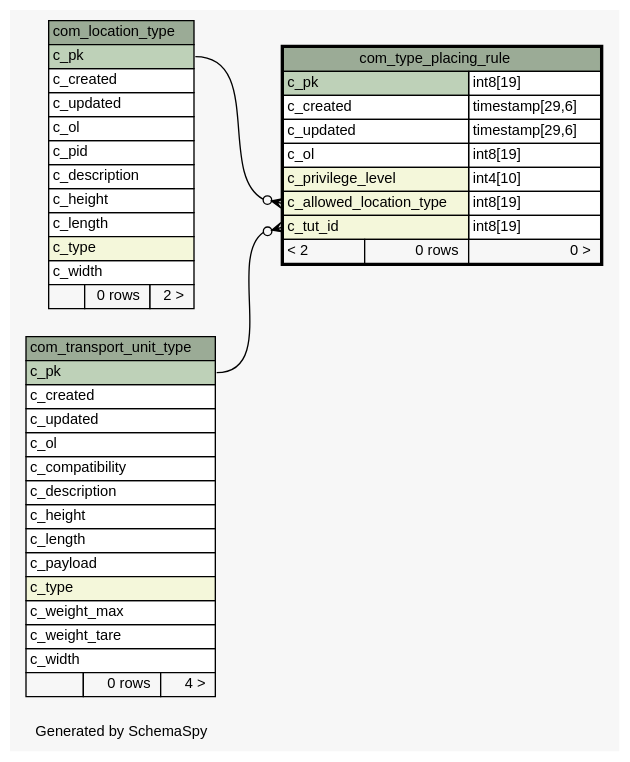
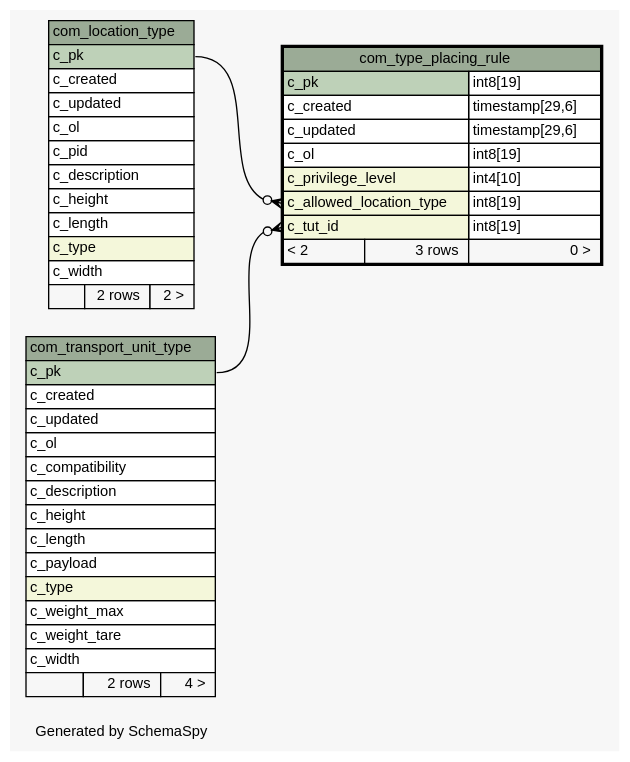
Before and after one commit to openwms/org.openwms.common.service.lib: the diagram in schemaspy/diagrams/com_type_placing_rule.1degree.dot, drawn with Graphviz. The commit also changed 551 other files, not shown here.

```diff
--- a/schemaspy/diagrams/com_type_placing_rule.1degree.dot
+++ b/schemaspy/diagrams/com_type_placing_rule.1degree.dot
@@ -1,81 +1,81 @@
-// dot 2.38.0 on Linux 4.15.0-1037-gcp
+// dot 2.36.0 on Linux 4.4.0-101-generic
 // SchemaSpy rev Unknown
 digraph "oneDegreeRelationshipsDiagram" {
   graph [
     rankdir="RL"
     bgcolor="#f7f7f7"
     label="\nGenerated by SchemaSpy"
     labeljust="l"
     nodesep="0.18"
     ranksep="0.46"
     fontname="Helvetica"
     fontsize="11"
   ];
   node [
     fontname="Helvetica"
     fontsize="11"
     shape="plaintext"
   ];
   edge [
     arrowsize="0.8"
   ];
   "com_type_placing_rule":"c_allowed_location_type":w -> "com_location_type":"c_pk":e [arrowhead=none dir=back arrowtail=crowodot];
   "com_type_placing_rule":"c_tut_id":w -> "com_transport_unit_type":"c_pk":e [arrowhead=none dir=back arrowtail=crowodot];
   "com_location_type" [
     label=<
     <TABLE BORDER="0" CELLBORDER="1" CELLSPACING="0" BGCOLOR="#ffffff">
       <TR><TD COLSPAN="3" BGCOLOR="#9bab96" ALIGN="CENTER">com_location_type</TD></TR>
       <TR><TD PORT="c_pk" COLSPAN="3" BGCOLOR="#bed1b8" ALIGN="LEFT">c_pk</TD></TR>
       <TR><TD PORT="c_created" COLSPAN="3" ALIGN="LEFT">c_created</TD></TR>
       <TR><TD PORT="c_updated" COLSPAN="3" ALIGN="LEFT">c_updated</TD></TR>
       <TR><TD PORT="c_ol" COLSPAN="3" ALIGN="LEFT">c_ol</TD></TR>
       <TR><TD PORT="c_pid" COLSPAN="3" ALIGN="LEFT">c_pid</TD></TR>
       <TR><TD PORT="c_description" COLSPAN="3" ALIGN="LEFT">c_description</TD></TR>
       <TR><TD PORT="c_height" COLSPAN="3" ALIGN="LEFT">c_height</TD></TR>
       <TR><TD PORT="c_length" COLSPAN="3" ALIGN="LEFT">c_length</TD></TR>
       <TR><TD PORT="c_type" COLSPAN="3" BGCOLOR="#f4f7da" ALIGN="LEFT">c_type</TD></TR>
       <TR><TD PORT="c_width" COLSPAN="3" ALIGN="LEFT">c_width</TD></TR>
-      <TR><TD ALIGN="LEFT" BGCOLOR="#f7f7f7">  </TD><TD ALIGN="RIGHT" BGCOLOR="#f7f7f7">0 rows</TD><TD ALIGN="RIGHT" BGCOLOR="#f7f7f7">2 &gt;</TD></TR>
+      <TR><TD ALIGN="LEFT" BGCOLOR="#f7f7f7">  </TD><TD ALIGN="RIGHT" BGCOLOR="#f7f7f7">2 rows</TD><TD ALIGN="RIGHT" BGCOLOR="#f7f7f7">2 &gt;</TD></TR>
     </TABLE>>
     URL="com_location_type.html"
     tooltip="com_location_type"
   ];
   "com_transport_unit_type" [
     label=<
     <TABLE BORDER="0" CELLBORDER="1" CELLSPACING="0" BGCOLOR="#ffffff">
       <TR><TD COLSPAN="3" BGCOLOR="#9bab96" ALIGN="CENTER">com_transport_unit_type</TD></TR>
       <TR><TD PORT="c_pk" COLSPAN="3" BGCOLOR="#bed1b8" ALIGN="LEFT">c_pk</TD></TR>
       <TR><TD PORT="c_created" COLSPAN="3" ALIGN="LEFT">c_created</TD></TR>
       <TR><TD PORT="c_updated" COLSPAN="3" ALIGN="LEFT">c_updated</TD></TR>
       <TR><TD PORT="c_ol" COLSPAN="3" ALIGN="LEFT">c_ol</TD></TR>
       <TR><TD PORT="c_compatibility" COLSPAN="3" ALIGN="LEFT">c_compatibility</TD></TR>
       <TR><TD PORT="c_description" COLSPAN="3" ALIGN="LEFT">c_description</TD></TR>
       <TR><TD PORT="c_height" COLSPAN="3" ALIGN="LEFT">c_height</TD></TR>
       <TR><TD PORT="c_length" COLSPAN="3" ALIGN="LEFT">c_length</TD></TR>
       <TR><TD PORT="c_payload" COLSPAN="3" ALIGN="LEFT">c_payload</TD></TR>
       <TR><TD PORT="c_type" COLSPAN="3" BGCOLOR="#f4f7da" ALIGN="LEFT">c_type</TD></TR>
       <TR><TD PORT="c_weight_max" COLSPAN="3" ALIGN="LEFT">c_weight_max</TD></TR>
       <TR><TD PORT="c_weight_tare" COLSPAN="3" ALIGN="LEFT">c_weight_tare</TD></TR>
       <TR><TD PORT="c_width" COLSPAN="3" ALIGN="LEFT">c_width</TD></TR>
-      <TR><TD ALIGN="LEFT" BGCOLOR="#f7f7f7">  </TD><TD ALIGN="RIGHT" BGCOLOR="#f7f7f7">0 rows</TD><TD ALIGN="RIGHT" BGCOLOR="#f7f7f7">4 &gt;</TD></TR>
+      <TR><TD ALIGN="LEFT" BGCOLOR="#f7f7f7">  </TD><TD ALIGN="RIGHT" BGCOLOR="#f7f7f7">2 rows</TD><TD ALIGN="RIGHT" BGCOLOR="#f7f7f7">4 &gt;</TD></TR>
     </TABLE>>
     URL="com_transport_unit_type.html"
     tooltip="com_transport_unit_type"
   ];
   "com_type_placing_rule" [
     label=<
     <TABLE BORDER="2" CELLBORDER="1" CELLSPACING="0" BGCOLOR="#ffffff">
       <TR><TD COLSPAN="3" BGCOLOR="#9bab96" ALIGN="CENTER">com_type_placing_rule</TD></TR>
       <TR><TD PORT="c_pk" COLSPAN="2" BGCOLOR="#bed1b8" ALIGN="LEFT">c_pk</TD><TD PORT="c_pk.type" ALIGN="LEFT">int8[19]</TD></TR>
       <TR><TD PORT="c_created" COLSPAN="2" ALIGN="LEFT">c_created</TD><TD PORT="c_created.type" ALIGN="LEFT">timestamp[29,6]</TD></TR>
       <TR><TD PORT="c_updated" COLSPAN="2" ALIGN="LEFT">c_updated</TD><TD PORT="c_updated.type" ALIGN="LEFT">timestamp[29,6]</TD></TR>
       <TR><TD PORT="c_ol" COLSPAN="2" ALIGN="LEFT">c_ol</TD><TD PORT="c_ol.type" ALIGN="LEFT">int8[19]</TD></TR>
       <TR><TD PORT="c_privilege_level" COLSPAN="2" BGCOLOR="#f4f7da" ALIGN="LEFT">c_privilege_level</TD><TD PORT="c_privilege_level.type" ALIGN="LEFT">int4[10]</TD></TR>
       <TR><TD PORT="c_allowed_location_type" COLSPAN="2" BGCOLOR="#f4f7da" ALIGN="LEFT">c_allowed_location_type</TD><TD PORT="c_allowed_location_type.type" ALIGN="LEFT">int8[19]</TD></TR>
       <TR><TD PORT="c_tut_id" COLSPAN="2" BGCOLOR="#f4f7da" ALIGN="LEFT">c_tut_id</TD><TD PORT="c_tut_id.type" ALIGN="LEFT">int8[19]</TD></TR>
-      <TR><TD ALIGN="LEFT" BGCOLOR="#f7f7f7">&lt; 2</TD><TD ALIGN="RIGHT" BGCOLOR="#f7f7f7">0 rows</TD><TD ALIGN="RIGHT" BGCOLOR="#f7f7f7">0 &gt;</TD></TR>
+      <TR><TD ALIGN="LEFT" BGCOLOR="#f7f7f7">&lt; 2</TD><TD ALIGN="RIGHT" BGCOLOR="#f7f7f7">3 rows</TD><TD ALIGN="RIGHT" BGCOLOR="#f7f7f7">0 &gt;</TD></TR>
     </TABLE>>
     URL="com_type_placing_rule.html"
     tooltip="com_type_placing_rule"
   ];
 }
```
